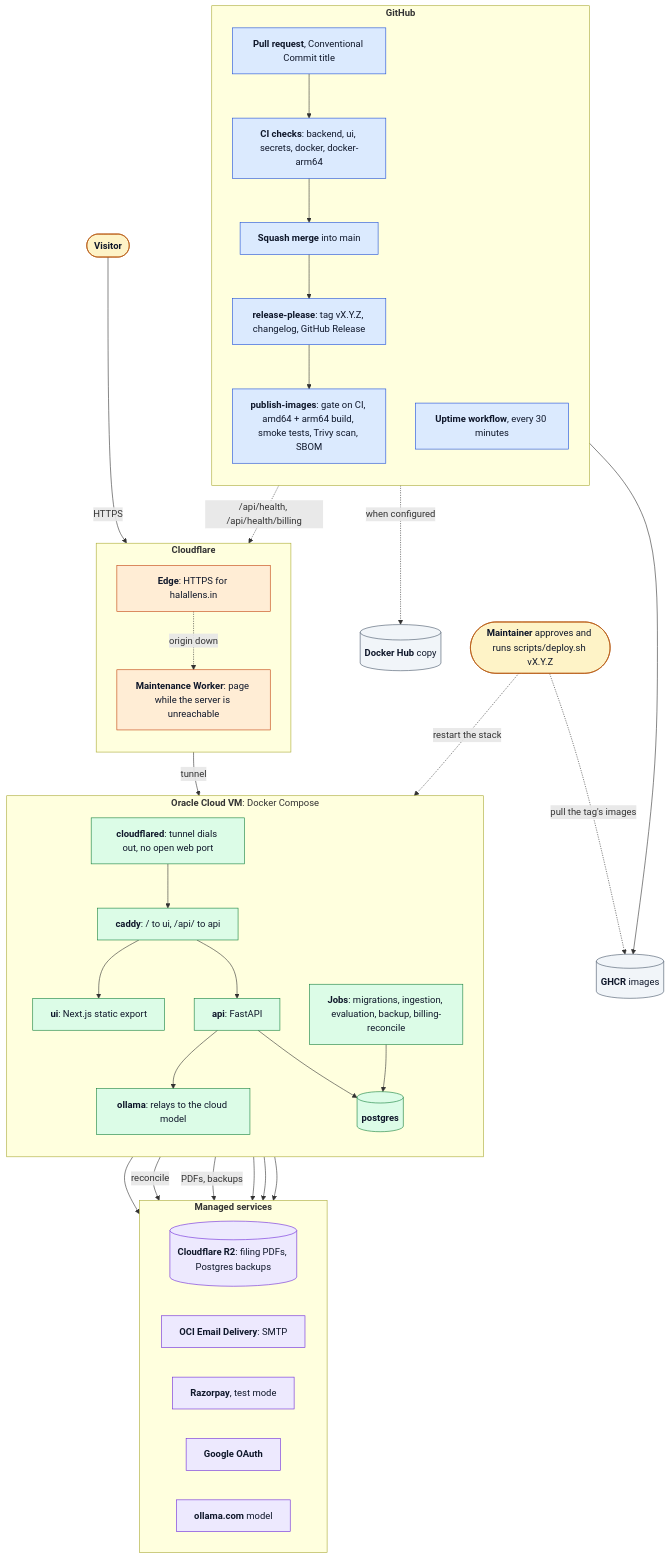
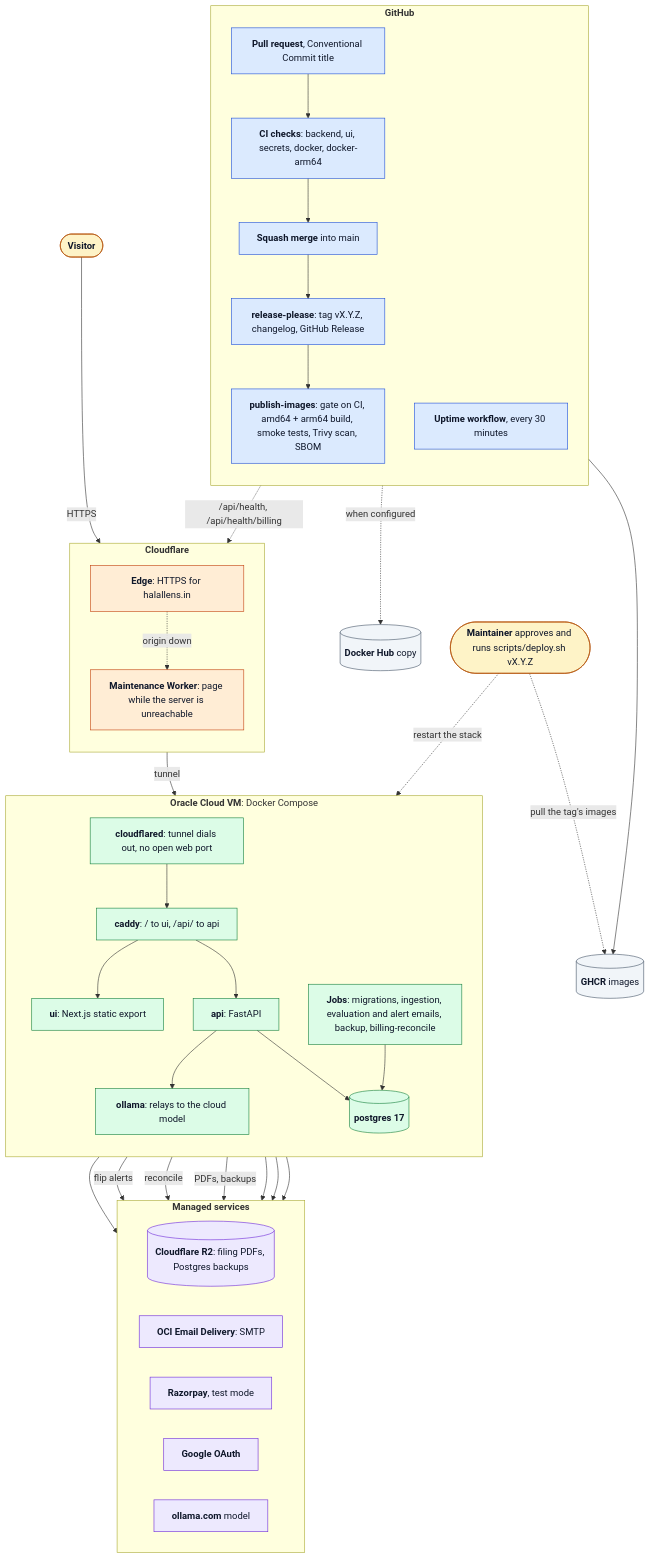
One commit to hamza-aziz-ai/HalalLens changed the second of 2 diagrams in README.md. Above: the diagram before and after it, drawn with Mermaid. The commit also changed other lines of this file and 25 other files, not shown here.

````diff
--- a/README.md
+++ b/README.md
@@ -90,76 +90,77 @@
 ```mermaid
 flowchart TB
   subgraph GH["`**GitHub**`"]
     direction TB
     PR["`**Pull request**, Conventional Commit title`"] --> CI["`**CI checks**: backend, ui, secrets, docker, docker-arm64`"]
     CI --> MERGE["`**Squash merge** into main`"]
     MERGE --> RP["`**release-please**: tag vX.Y.Z, changelog, GitHub Release`"]
     RP --> PUB["`**publish-images**: gate on CI, amd64 + arm64 build, smoke tests, Trivy scan, SBOM`"]
     UP["`**Uptime workflow**, every 30 minutes`"]
   end
 
   GHCR[("`**GHCR** images`")]
   HUB[("`**Docker Hub** copy`")]
   M(["`**Maintainer** approves and runs scripts/deploy.sh vX.Y.Z`"])
   V(["`**Visitor**`"])
 
   subgraph CF["`**Cloudflare**`"]
     direction TB
     EDGE["`**Edge**: HTTPS for halallens.in`"]
     WK["`**Maintenance Worker**: page while the server is unreachable`"]
   end
 
   subgraph VM["`**Oracle Cloud VM**: Docker Compose`"]
     direction TB
     TUN["`**cloudflared**: tunnel dials out, no open web port`"]
     CADDY["`**caddy**: / to ui, /api/ to api`"]
     UI["`**ui**: Next.js static export`"]
     APIC["`**api**: FastAPI`"]
     OLC["`**ollama**: relays to the cloud model`"]
-    PG[("`**postgres**`")]
-    JOBS["`**Jobs**: migrations, ingestion, evaluation, backup, billing-reconcile`"]
+    PG[("`**postgres 17**`")]
+    JOBS["`**Jobs**: migrations, ingestion, evaluation and alert emails, backup, billing-reconcile`"]
     TUN --> CADDY
     CADDY --> UI
     CADDY --> APIC
     APIC --> OLC
     APIC --> PG
     JOBS --> PG
   end
 
   subgraph EXT["`**Managed services**`"]
     direction LR
     R2[("`**Cloudflare R2**: filing PDFs, Postgres backups`")]
     MAIL["`**OCI Email Delivery**: SMTP`"]
     RZP["`**Razorpay**, test mode`"]
     GOO["`**Google OAuth**`"]
     OCL["`**ollama.com** model`"]
   end
 
   PUB --> GHCR
   PUB -.->|"`when configured`"| HUB
   M -.->|"`pull the tag's images`"| GHCR
   M -.->|"`restart the stack`"| VM
   V -->|"`HTTPS`"| EDGE
   EDGE -->|"`tunnel`"| TUN
   EDGE -.->|"`origin down`"| WK
   UP -.->|"`/api/health, /api/health/billing`"| EDGE
   APIC --> MAIL
   APIC --> RZP
   APIC --> GOO
   JOBS -->|"`PDFs, backups`"| R2
   JOBS -->|"`reconcile`"| RZP
+  JOBS -->|"`flip alerts`"| MAIL
   OLC --> OCL
 
   classDef gh fill:#dbeafe,stroke:#1d4ed8,color:#0f172a
   classDef reg fill:#f1f5f9,stroke:#475569,color:#0f172a
   classDef person fill:#fef3c7,stroke:#b45309,color:#0f172a
   classDef edge fill:#ffedd5,stroke:#c2410c,color:#0f172a
   classDef vm fill:#dcfce7,stroke:#15803d,color:#0f172a
   classDef ext fill:#ede9fe,stroke:#6d28d9,color:#0f172a
   class PR,CI,MERGE,RP,PUB,UP gh
   class GHCR,HUB reg
   class M,V person
   class EDGE,WK edge
   class TUN,CADDY,UI,APIC,OLC,PG,JOBS vm
   class R2,MAIL,RZP,GOO,OCL ext
 ```
````
